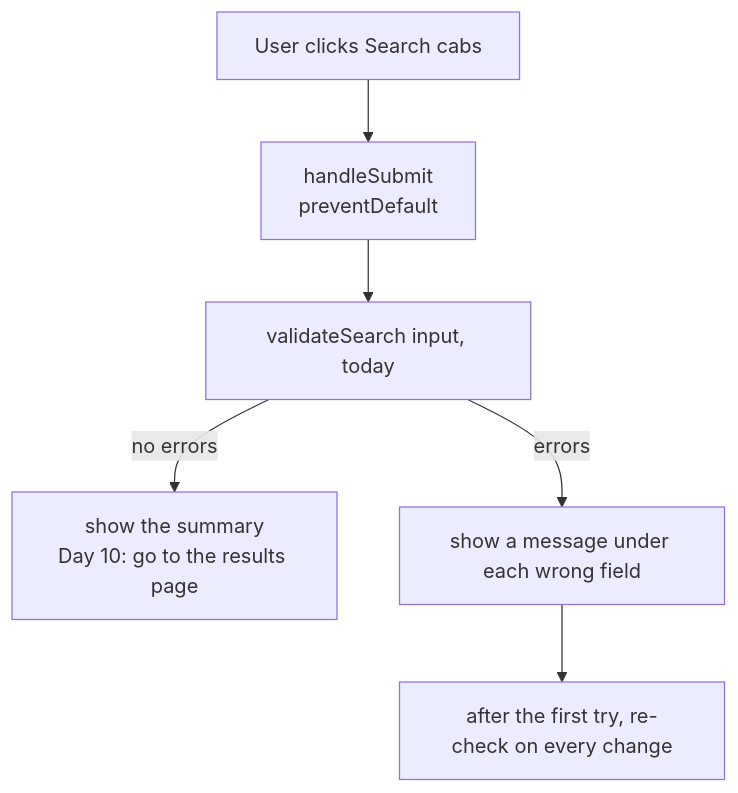
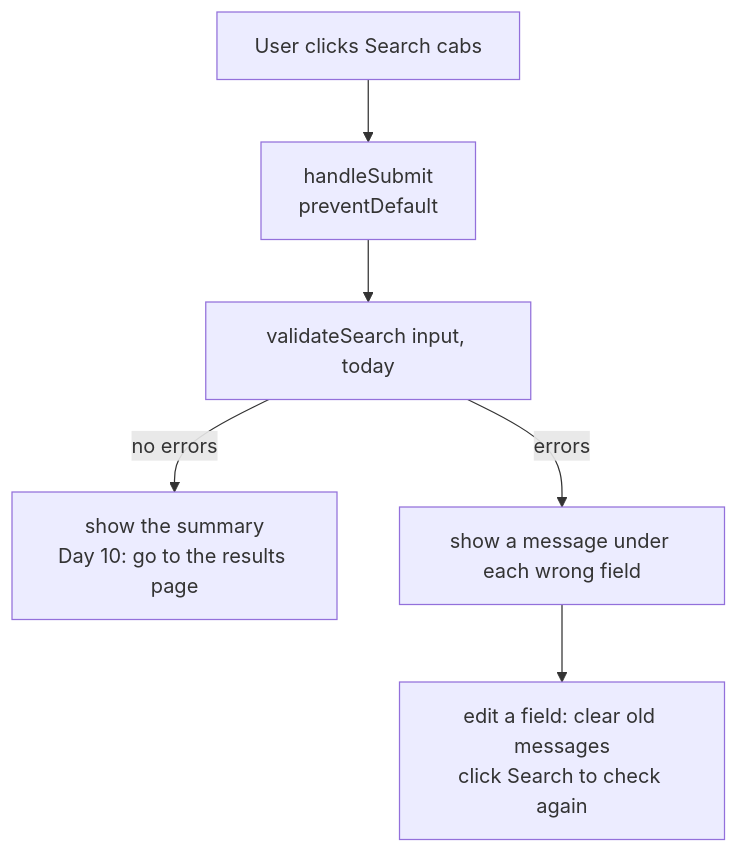
Before and after one commit to pratulsharma/intercitytaxicab: the fourth of 5 diagrams in day-09.md, drawn with Mermaid. The commit also changed other lines of this file and 6 other files, not shown here.

````diff
--- a/day-09.md
+++ b/day-09.md
@@ -64,8 +64,8 @@
 ```mermaid
 flowchart TD
   A[User clicks Search cabs] --> B[handleSubmit<br/>preventDefault]
   B --> C[validateSearch input, today]
   C -->|no errors| D[show the summary<br/>Day 10: go to the results page]
   C -->|errors| E[show a message under each wrong field]
-  E --> F[after the first try, re-check on every change]
+  E --> F[edit a field: clear old messages<br/>click Search to check again]
 ```
````
